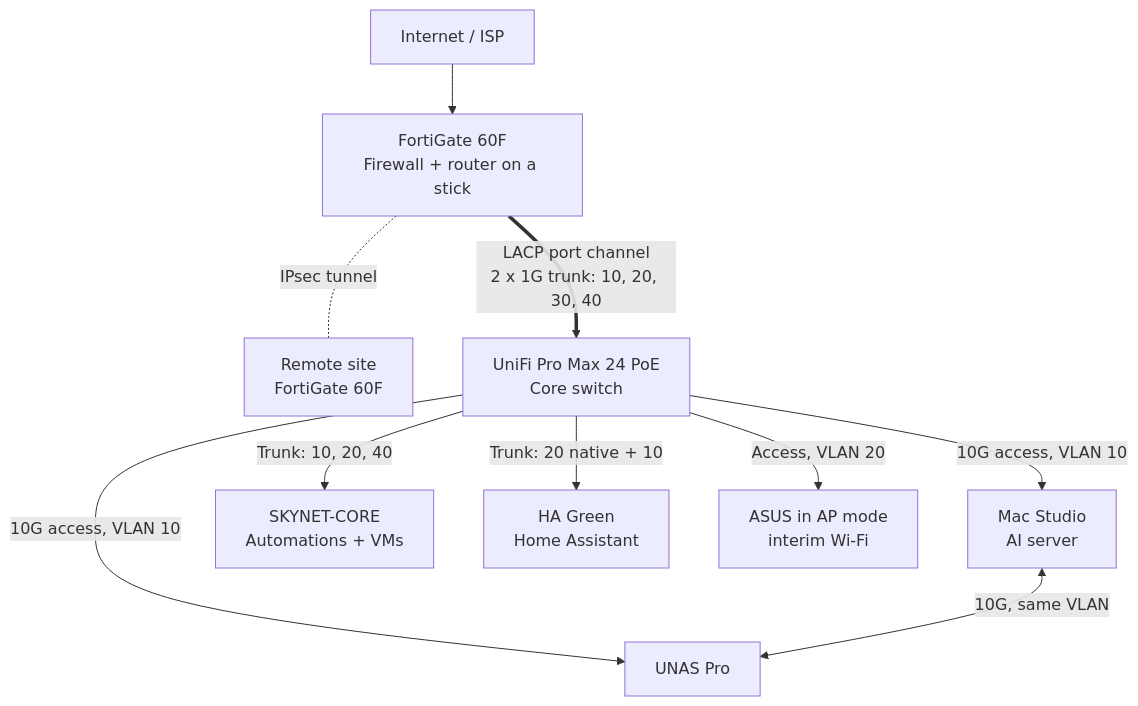
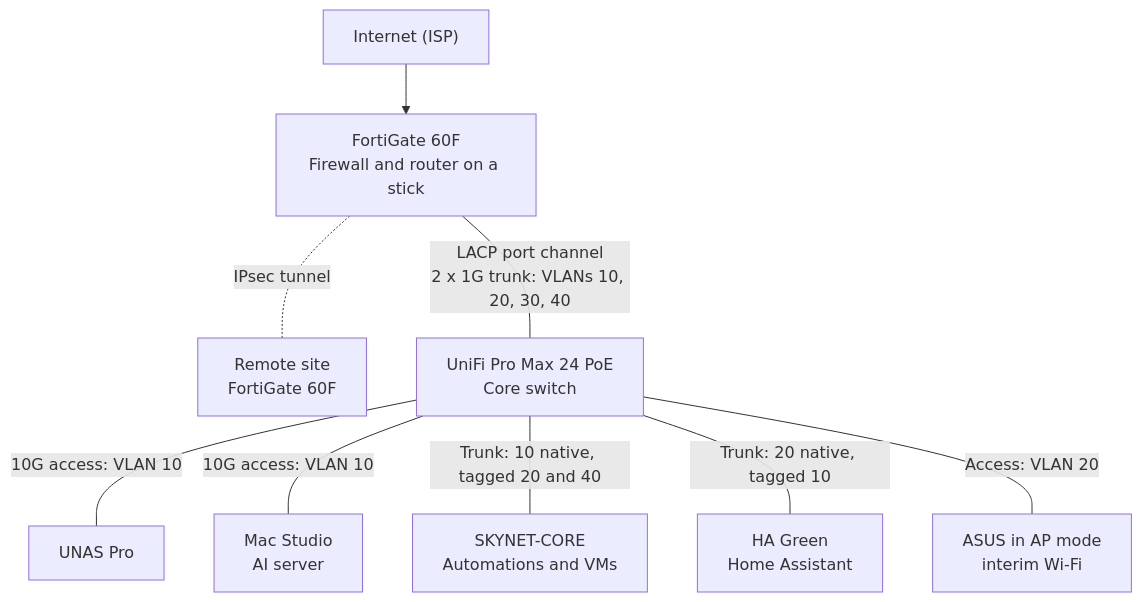
Before and after one commit to VicDubose/Smart-Home-Infrastructure: the first of 2 diagrams in 04-Network-Infrastructure/Hardening_Upgrades/Readme.md, drawn with Mermaid. The commit also changed other lines of this file, not shown here.

First line of the commit message:
Revise network diagrams in Readme.md

````diff
--- a/04-Network-Infrastructure/Hardening_Upgrades/Readme.md
+++ b/04-Network-Infrastructure/Hardening_Upgrades/Readme.md
@@ -79,14 +79,11 @@
 ```mermaid
 flowchart TD
-    ISP[Internet / ISP] --> FG[FortiGate 60F<br/>Firewall + router on a stick]
-    FG -. IPsec tunnel .- RS[Remote site<br/>FortiGate 60F]
-    FG ==>|LACP port channel<br/>2 x 1G trunk: 10, 20, 30, 40| SW[UniFi Pro Max 24 PoE<br/>Core switch]
-
-    SW -->|10G access, VLAN 10| NAS[UNAS Pro]
-    SW -->|10G access, VLAN 10| MAC[Mac Studio<br/>AI server]
-    SW -->|Trunk: 10, 20, 40| CORE[SKYNET-CORE<br/>Automations + VMs]
-    SW -->|Trunk: 20 native + 10| HA[HA Green<br/>Home Assistant]
-    SW -->|Access, VLAN 20| AP[ASUS in AP mode<br/>interim Wi-Fi]
-
-    MAC <-->|10G, same VLAN| NAS
+    ISP["Internet (ISP)"] --> FG["FortiGate 60F<br/>Firewall and router on a stick"]
+    FG -.-|"IPsec tunnel"| RS["Remote site<br/>FortiGate 60F"]
+    FG ---|"LACP port channel<br/>2 x 1G trunk: VLANs 10, 20, 30, 40"| SW["UniFi Pro Max 24 PoE<br/>Core switch"]
+    SW ---|"10G access: VLAN 10"| NAS["UNAS Pro"]
+    SW ---|"10G access: VLAN 10"| MAC["Mac Studio<br/>AI server"]
+    SW ---|"Trunk: 10 native, tagged 20 and 40"| CORE["SKYNET-CORE<br/>Automations and VMs"]
+    SW ---|"Trunk: 20 native, tagged 10"| HA["HA Green<br/>Home Assistant"]
+    SW ---|"Access: VLAN 20"| AP["ASUS in AP mode<br/>interim Wi-Fi"]
 ```
````
